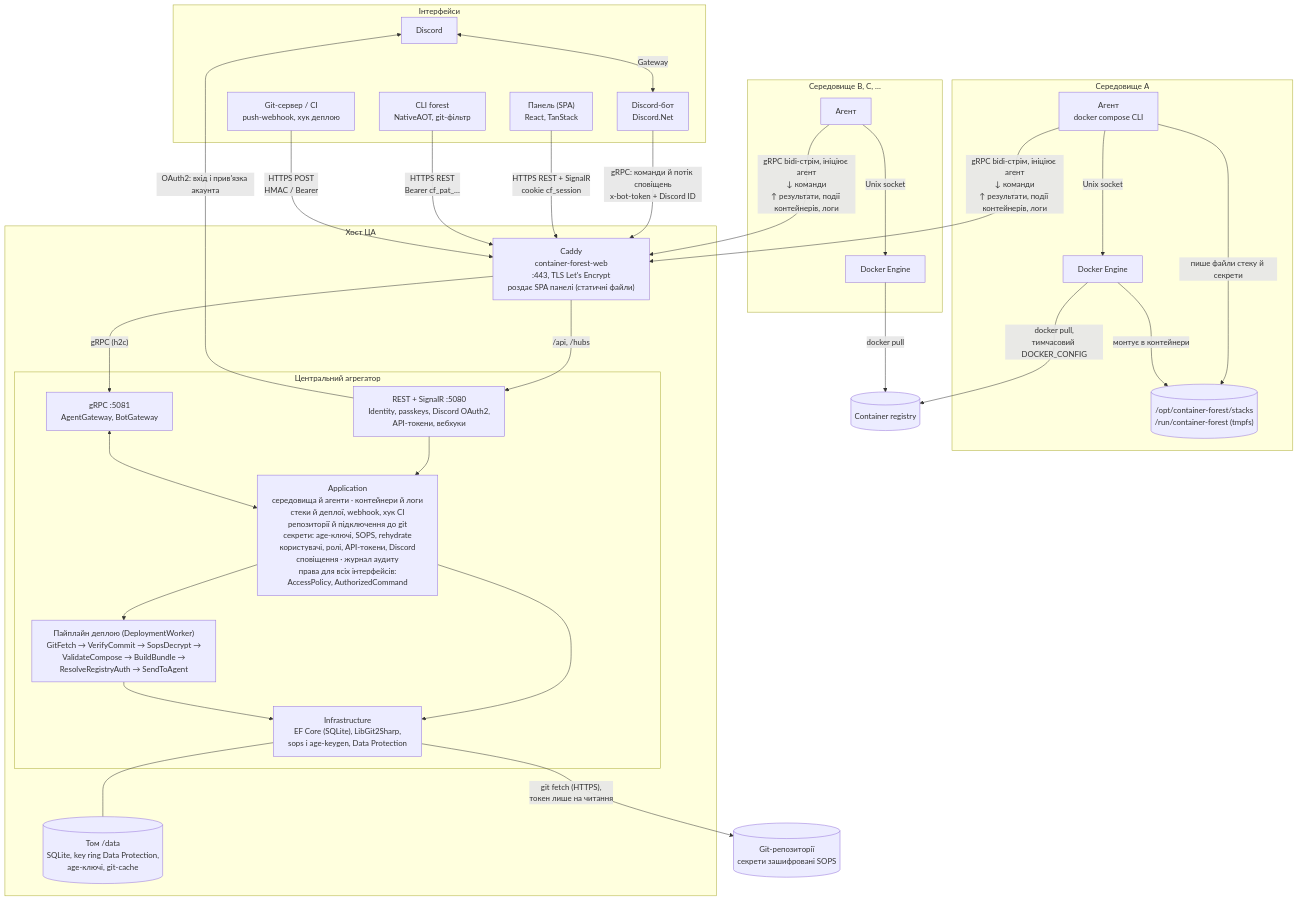
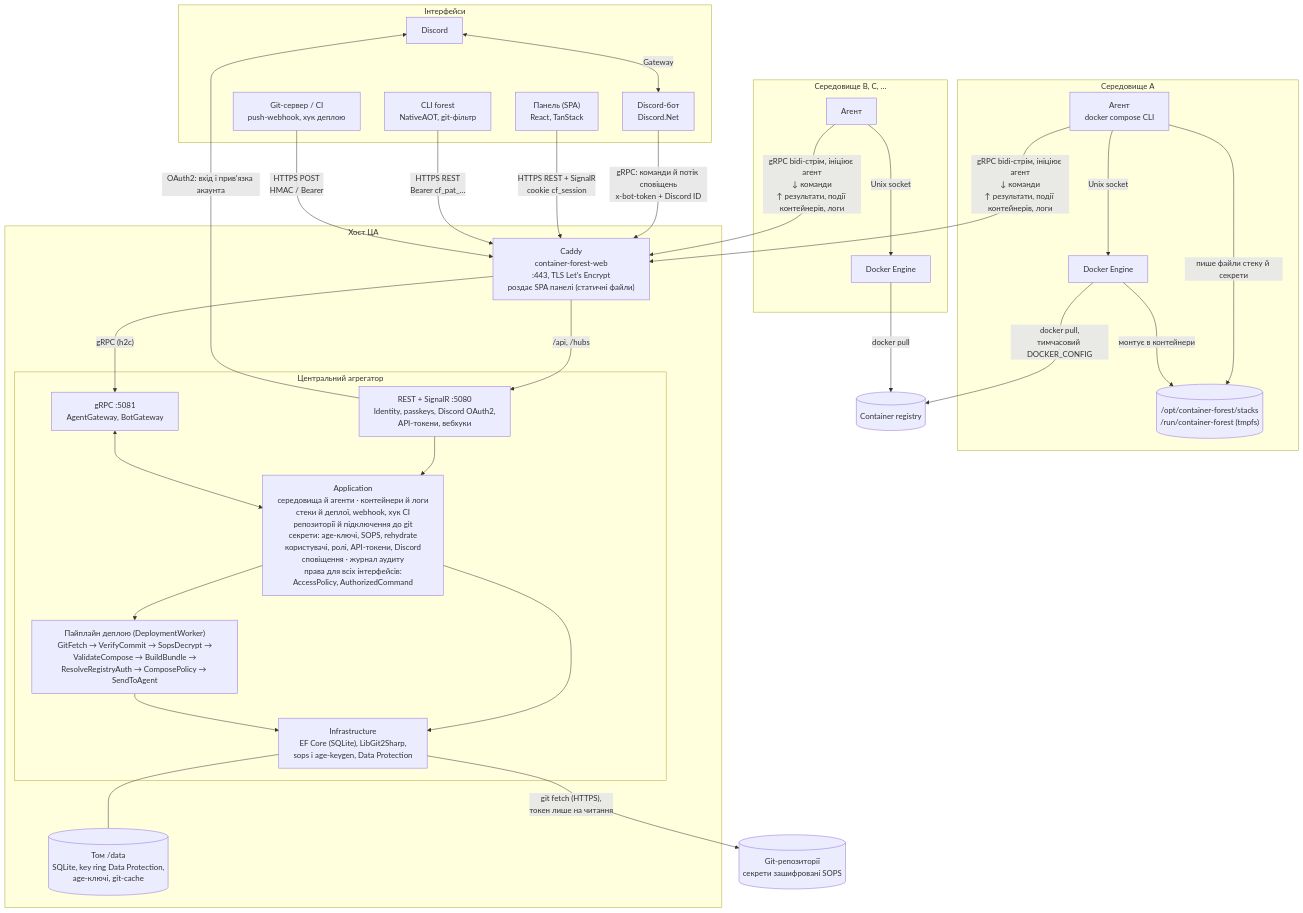
One commit to container-forest/container-forest changed the first of 2 diagrams in docs/architecture.md. Above: the diagram before and after it, drawn with Mermaid. The commit also changed other lines of this file and 5 other files, not shown here.

First line of the commit message:
docs: stack isolation in architecture, CLAUDE.md, CONTRIBUTING and CONTRIBUTIONS

````diff
--- a/docs/architecture.md
+++ b/docs/architecture.md
@@ -43,54 +43,54 @@
 ```mermaid
 %%{init: {"flowchart": {"wrappingWidth": 360}}}%%
 flowchart TB
   subgraph Clients["Інтерфейси"]
     Discord["Discord"] <-->|"Gateway"| Bot["Discord-бот<br/>Discord.Net"]
     UI["Панель (SPA)<br/>React, TanStack"]
     Cli["CLI forest<br/>NativeAOT, git-фільтр"]
     Hooks["Git-сервер / CI<br/>push-webhook, хук деплою"]
   end
 
   subgraph EnvB["Середовище B, C, …"]
     EA2["Агент"] -->|"Unix socket"| D2["Docker Engine"]
   end
 
   subgraph EnvA["Середовище A"]
     EA1["Агент<br/>docker compose CLI"] -->|"Unix socket"| D1["Docker Engine"]
     S1[("/opt/container-forest/stacks<br/>/run/container-forest (tmpfs)")]
     EA1 -->|"пише файли стеку й секрети"| S1
     D1 -->|"монтує в контейнери"| S1
   end
   subgraph Host["Хост ЦА"]
     Caddy["Caddy<br/>container-forest-web<br/>:443, TLS Let's Encrypt<br/>роздає SPA панелі (статичні файли)"]
     subgraph CA["Центральний агрегатор"]
       Rest["REST + SignalR :5080<br/>Identity, passkeys, Discord OAuth2,<br/>API-токени, вебхуки"]
       Grpc["gRPC :5081<br/>AgentGateway, BotGateway"]
       App["Application<br/>середовища й агенти · контейнери й логи<br/>стеки й деплої, webhook, хук CI<br/>репозиторії й підключення до git<br/>секрети: age-ключі, SOPS, rehydrate<br/>користувачі, ролі, API-токени, Discord<br/>сповіщення · журнал аудиту<br/>права для всіх інтерфейсів:<br/>AccessPolicy, AuthorizedCommand"]
-      Pipe["Пайплайн деплою (DeploymentWorker)<br/>GitFetch → VerifyCommit → SopsDecrypt →<br/>ValidateCompose → BuildBundle →<br/>ResolveRegistryAuth → SendToAgent"]
+      Pipe["Пайплайн деплою (DeploymentWorker)<br/>GitFetch → VerifyCommit → SopsDecrypt →<br/>ValidateCompose → BuildBundle →<br/>ResolveRegistryAuth → ComposePolicy → SendToAgent"]
       Rest --> App
       Grpc <--> App
       App --> Pipe
       Infra["Infrastructure<br/>EF Core (SQLite), LibGit2Sharp,<br/>sops і age-keygen, Data Protection"]
       App --> Infra
       Pipe --> Infra
     end
     Data[("Том /data<br/>SQLite, key ring Data Protection,<br/>age-ключі, git-cache")]
     Caddy -->|"/api, /hubs"| Rest
     Caddy -->|"gRPC (h2c)"| Grpc
     Infra --- Data
   end
 
   Git[("Git-репозиторії<br/>секрети зашифровані SOPS")]
   Reg[("Container registry")]
 
   Bot -->|"gRPC: команди й потік сповіщень<br/>x-bot-token + Discord ID"| Caddy
   UI -->|"HTTPS REST + SignalR<br/>cookie cf_session"| Caddy
   Cli -->|"HTTPS REST<br/>Bearer cf_pat_…"| Caddy
   Hooks -->|"HTTPS POST<br/>HMAC / Bearer"| Caddy
   EA1 -->|"gRPC bidi-стрім, ініціює агент<br/>↓ команди<br/>↑ результати, події контейнерів, логи"| Caddy
   EA2 -->|"gRPC bidi-стрім, ініціює агент<br/>↓ команди<br/>↑ результати, події контейнерів, логи"| Caddy
   Infra -->|"git fetch (HTTPS),<br/>токен лише на читання"| Git
   D1 -->|"docker pull,<br/>тимчасовий DOCKER_CONFIG"| Reg
   D2 -->|"docker pull"| Reg
   Rest -->|"OAuth2: вхід і прив'язка акаунта"| Discord
 ```
````
